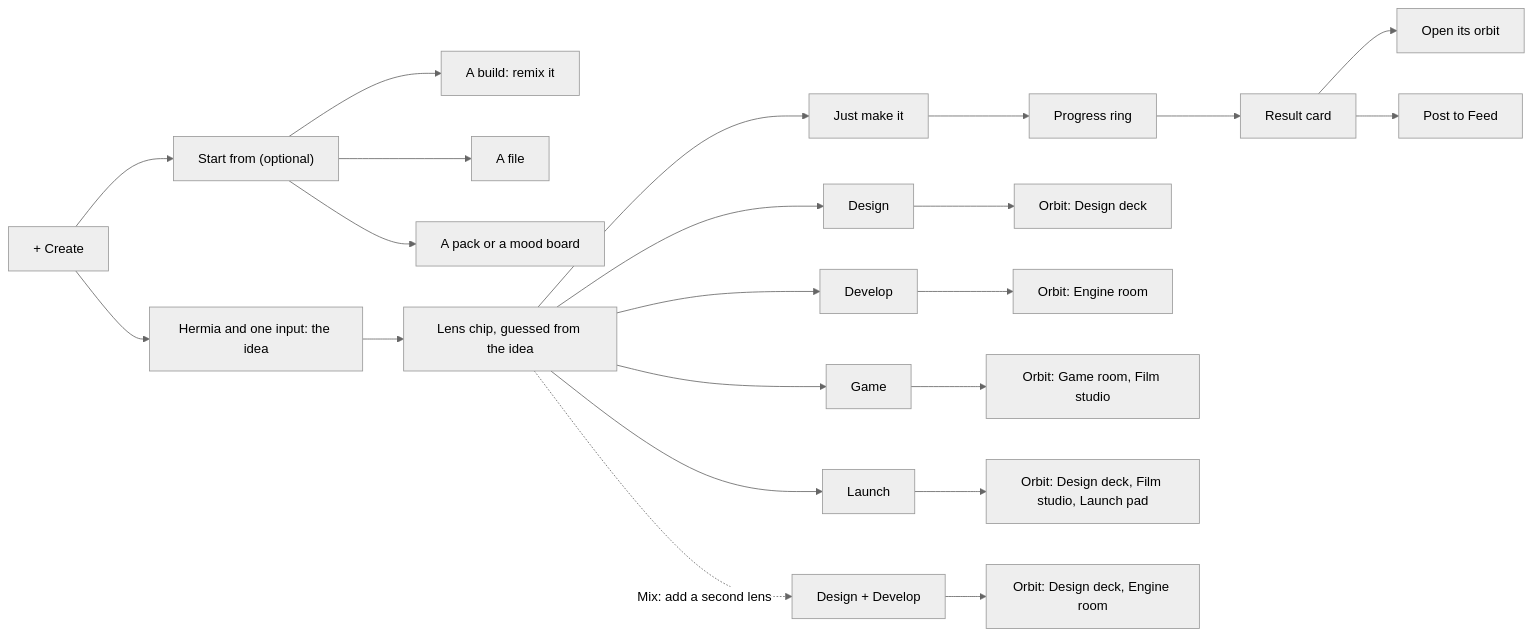
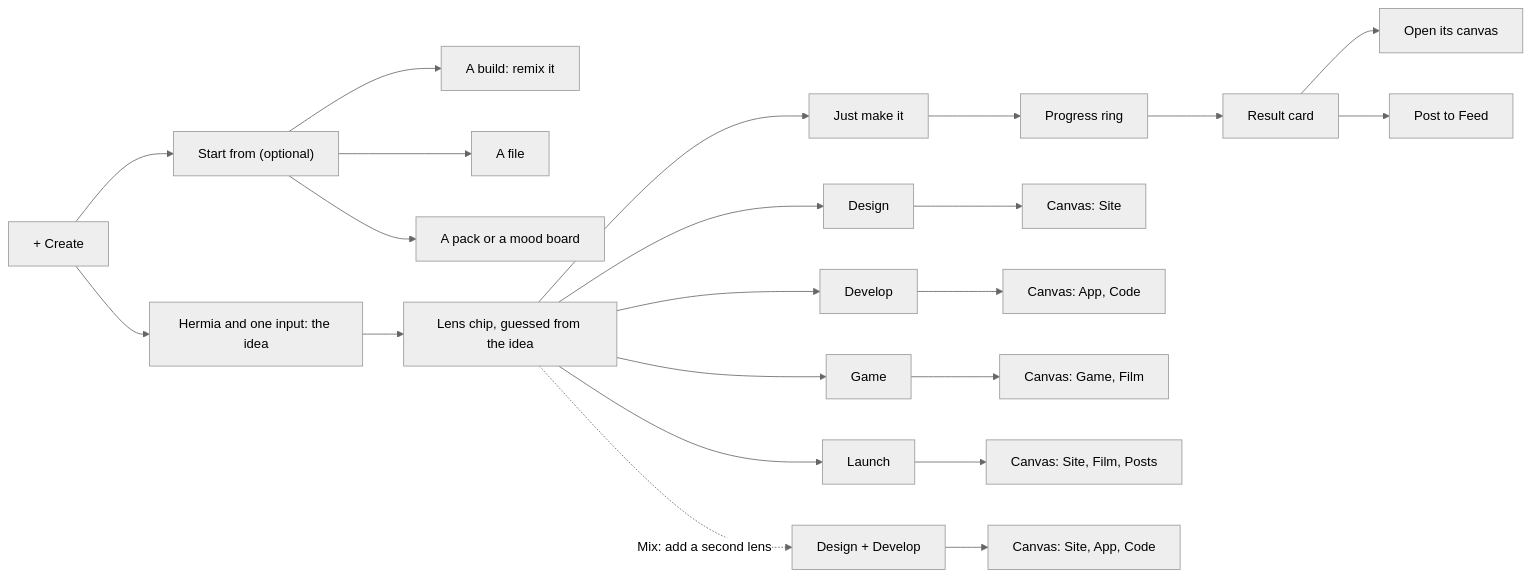
The fifth of 24 diagrams in docs/ux/SITEMAP.md (Pukujan/swarm-studio), drawn with Mermaid (neutral theme) before and after one commit. The commit also changed other lines of this file and 19 other files, not shown here.

````diff
--- a/docs/ux/SITEMAP.md
+++ b/docs/ux/SITEMAP.md
@@ -146,24 +146,24 @@
 ```mermaid
 flowchart LR
   CR["+ Create"] --> IDEA["Hermia and one input: the idea"]
   CR --> SRC["Start from (optional)"]
   SRC --> S1["A build: remix it"]
   SRC --> S2[A file]
   SRC --> S3["A pack or a mood board"]
   IDEA --> LENS["Lens chip, guessed from the idea"]
   LENS --> L0[Just make it]
   LENS --> L1[Design]
   LENS --> L2[Develop]
   LENS --> L3[Game]
   LENS --> L4[Launch]
   LENS -.->|Mix: add a second lens| L5[Design + Develop]
   L0 --> PR[Progress ring]
   PR --> RC[Result card]
-  RC --> RC1[Open its orbit]
+  RC --> RC1[Open its canvas]
   RC --> RC2[Post to Feed]
-  L1 --> O1["Orbit: Design deck"]
-  L2 --> O2["Orbit: Engine room"]
-  L3 --> O3["Orbit: Game room, Film studio"]
-  L4 --> O4["Orbit: Design deck, Film studio, Launch pad"]
-  L5 --> O5["Orbit: Design deck, Engine room"]
+  L1 --> O1["Canvas: Site"]
+  L2 --> O2["Canvas: App, Code"]
+  L3 --> O3["Canvas: Game, Film"]
+  L4 --> O4["Canvas: Site, Film, Posts"]
+  L5 --> O5["Canvas: Site, App, Code"]
 ```
````
